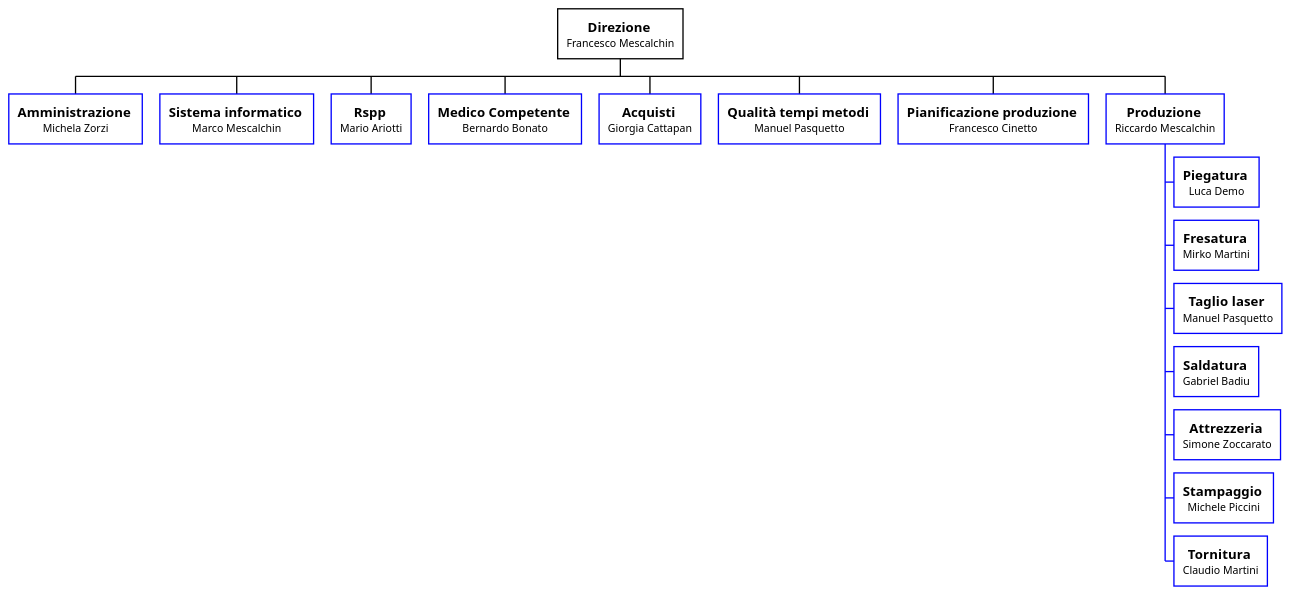
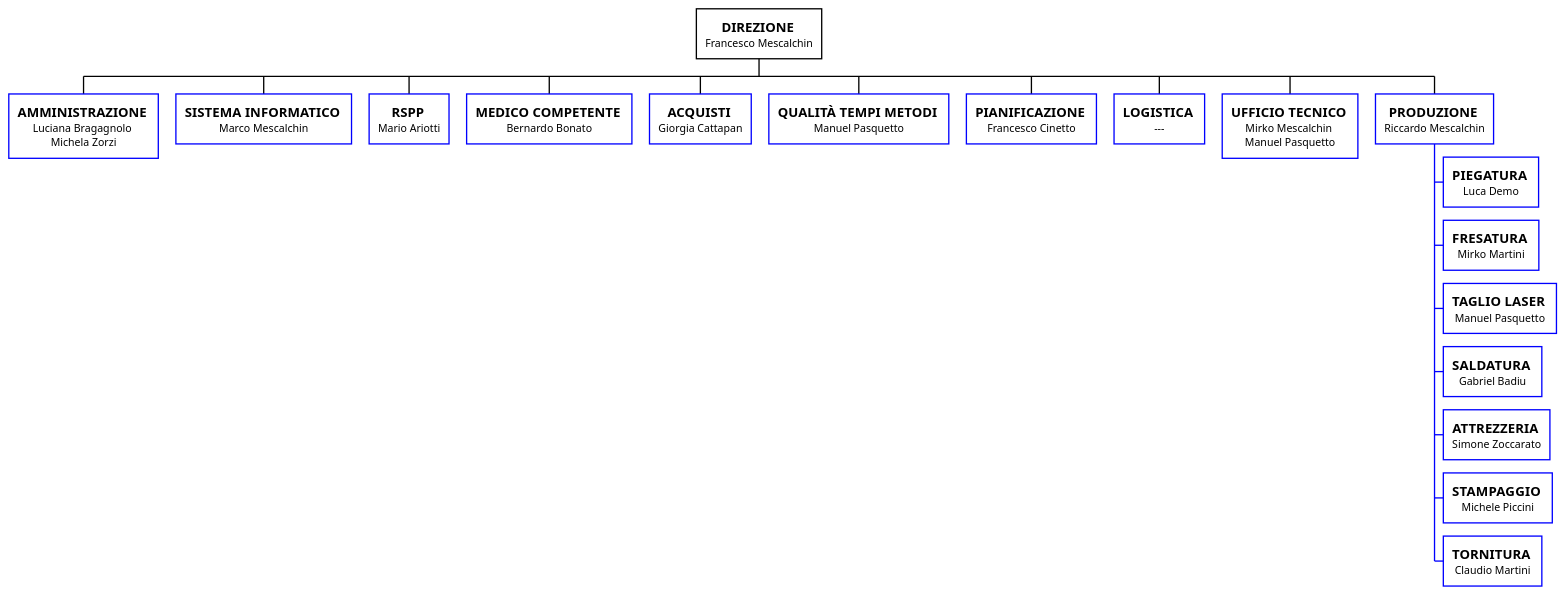
Before and after one commit to Mecom-srl/wikijsdata: the diagram in Registrazioni/Norme.md, drawn with PlantUML. The commit also changed other lines of this file, not shown here.

Commit message:
docs: update Registrazioni/Norme

````diff
--- a/Registrazioni/Norme.md
+++ b/Registrazioni/Norme.md
@@ -11,54 +11,59 @@
 ```plantuml
 @startwbs
 skinparam defaultTextAlignment center
+  skinparam   distribute as tree
+
+
+
 
 <style>
 wbsDiagram {
   // all lines (meaning connector and borders, there are no other lines in WBS) are black by default
   Linecolor black
   arrow {
     // note that connector are actually "arrow" even if they don't look like as arrow
     // This is to be consistent with other UML diagrams. Not 100% sure that it's a good idea
     // So now connector are green
     LineColor green
   }
   :depth(0) {
       BackgroundColor white
       RoundCorner 0
       LineColor black
   }
     :depth(1) {
       BackgroundColor white
       LineColor blue
       LineStyle 0
       LineThickness 1.5
   }
     :depth(2) {
       LineStyle 0
             LineColor blue
       LineThickness 1.5
 			 BackgroundColor white
 
   }
 }
 </style>
-
-* <size:15><b>Direzione</b></size> \nFrancesco Mescalchin
-** <size:15><b>Amministrazione</b></size> \nMichela Zorzi
-** <size:15><b>Sistema informatico</b></size> \nMarco Mescalchin
-** <size:15><b>Rspp</b></size> \nMario Ariotti
-** <size:15><b>Medico Competente</b></size> \nBernardo Bonato
-** <size:15><b>Acquisti</b></size> \nGiorgia Cattapan
-** <size:15><b>Qualità tempi metodi</b></size> \nManuel Pasquetto
-** <size:15><b>Pianificazione produzione</b></size> \nFrancesco Cinetto
-** <size:15><b>Produzione</b></size> \nRiccardo Mescalchin
-*** <size:15><b>Piegatura</b></size> \nLuca Demo
-*** <size:15><b>Fresatura</b></size> \nMirko Martini
-*** <size:15><b>Taglio laser</b></size> \nManuel Pasquetto
-*** <size:15><b>Saldatura</b></size> \nGabriel Badiu
-*** <size:15><b>Attrezzeria</b></size> \nSimone Zoccarato
-*** <size:15><b>Stampaggio</b></size> \nMichele Piccini
-*** <size:15><b>Tornitura</b></size> \nClaudio Martini
+* <size:15><b>DIREZIONE</b></size> \nFrancesco Mescalchin
+** <size:15><b>AMMINISTRAZIONE</b></size> \nLuciana Bragagnolo \nMichela Zorzi
+** <size:15><b>SISTEMA INFORMATICO</b></size> \nMarco Mescalchin
+** <size:15><b>RSPP</b></size> \nMario Ariotti
+** <size:15><b>MEDICO COMPETENTE</b></size> \nBernardo Bonato
+** <size:15><b>ACQUISTI</b></size> \nGiorgia Cattapan
+** <size:15><b>QUALITÀ TEMPI METODI</b></size> \nManuel Pasquetto
+** <size:15><b>PIANIFICAZIONE</b></size> \nFrancesco Cinetto
+** <size:15><b>LOGISTICA</b></size> \n---
+** <size:15><b>UFFICIO TECNICO</b></size> \nMirko Mescalchin \nManuel Pasquetto
+** <size:15><b>PRODUZIONE</b></size> \nRiccardo Mescalchin
+*** <size:15><b>PIEGATURA</b></size> \nLuca Demo
+*** <size:15><b>FRESATURA</b></size> \nMirko Martini
+*** <size:15><b>TAGLIO LASER</b></size> \nManuel Pasquetto
+*** <size:15><b>SALDATURA</b></size> \nGabriel Badiu
+*** <size:15><b>ATTREZZERIA</b></size> \nSimone Zoccarato
+*** <size:15><b>STAMPAGGIO</b></size> \nMichele Piccini
+*** <size:15><b>TORNITURA</b></size> \nClaudio Martini
 @endwbs
 
 ```
````
